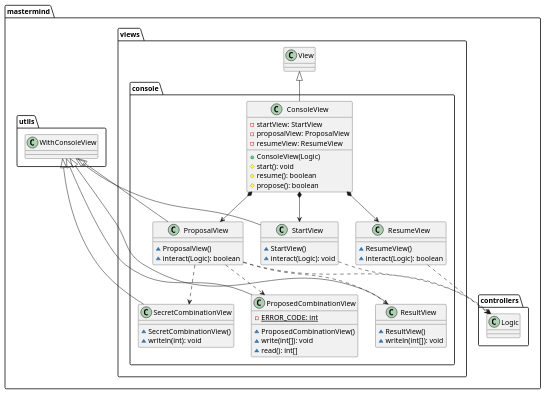
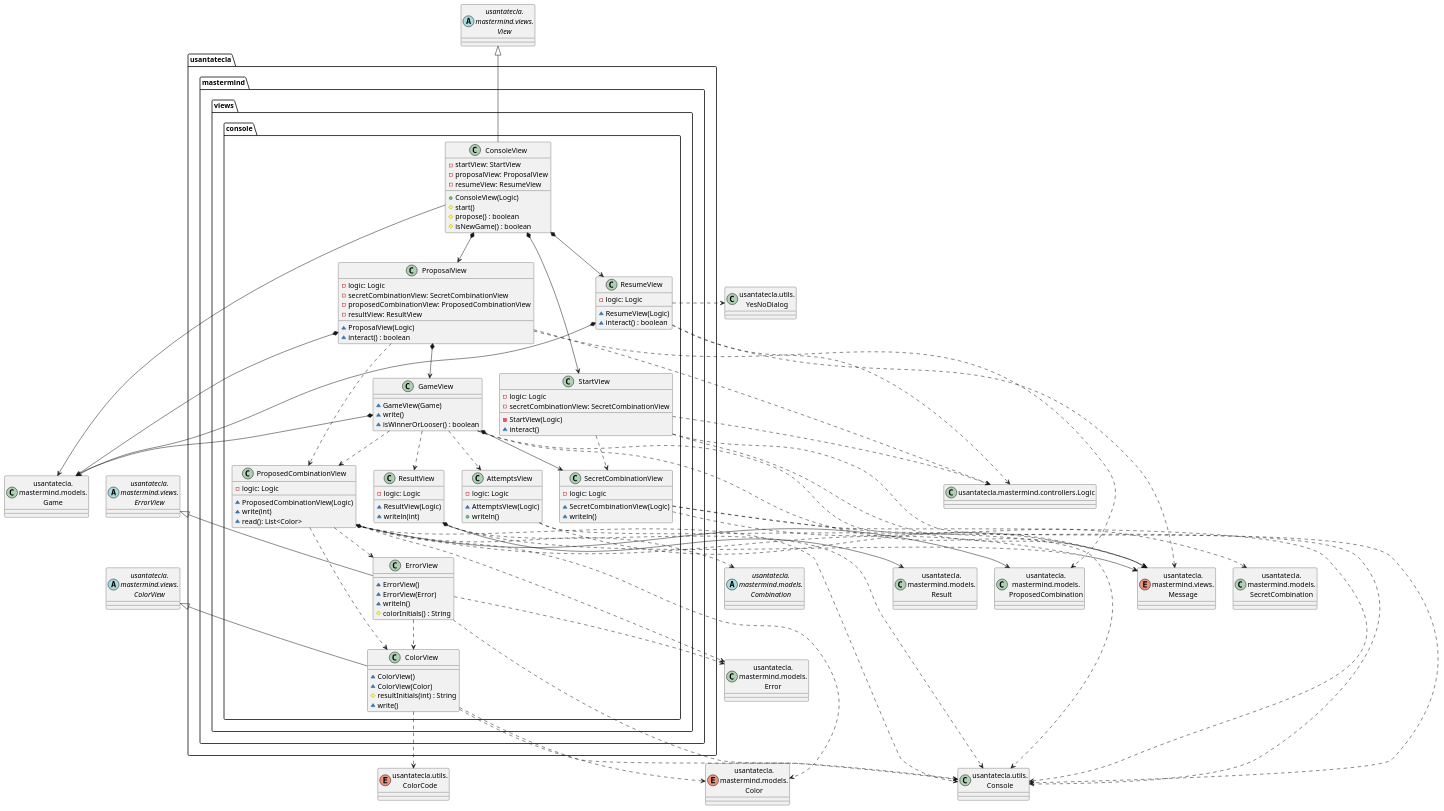
Before and after one commit to SantaTecla-mastermind/solution.java.swing.socket.sql: the third of 6 diagrams in modelViewPresenter/presentationModel/withFacade/docs/diagrams/src/paquetes.plantuml, drawn with PlantUML. The commit also changed other lines of this file and 9 other files, not shown here.

Commit message:
Diagrams MVP WithFacade finished

```diff
--- a/modelViewPresenter/presentationModel/withFacade/docs/diagrams/src/paquetes.plantuml
+++ b/modelViewPresenter/presentationModel/withFacade/docs/diagrams/src/paquetes.plantuml
@@ -80,58 +83,150 @@
 @startuml usantatecla.mastermind.console
-class  mastermind.views.console.ConsoleView{
-- startView: StartView
-- proposalView: ProposalView
-- resumeView: ResumeView
-+ ConsoleView(Logic)
-# start(): void
-# resume(): boolean
-# propose(): boolean
+class Game as "usantatecla.\nmastermind.models.\nGame"
+class Error as "usantatecla.\nmastermind.models.\nError"
+class Result as "usantatecla.\nmastermind.models.\nResult"
+enum Color as "usantatecla.\nmastermind.models.\nColor"
+abstract class Combination as "usantatecla.\nmastermind.models.\nCombination"
+class ProposedCombination as "usantatecla.\nmastermind.models.\nProposedCombination"
+class SecretCombination as "usantatecla.\nmastermind.models.\nSecretCombination"
+abstract class View as "usantatecla.\nmastermind.views.\nView"
+abstract class ColorView as "usantatecla.\nmastermind.views.\nColorView"
+abstract class ErrorView as "usantatecla.\nmastermind.views.\nErrorView"
+enum Message as "usantatecla.\nmastermind.views.\nMessage"
+class Console as "usantatecla.utils.\nConsole"
+class YesNoDialog as "usantatecla.utils.\nYesNoDialog"
+enum ColorCode as "usantatecla.utils.\nColorCode"
+
+class usantatecla.mastermind.views.console.ConsoleView {
+    - startView: StartView
+    - proposalView: ProposalView
+    - resumeView: ResumeView
+    + ConsoleView(Logic)
+    # start()
+    # propose() : boolean
+    # isNewGame() : boolean
 }
-mastermind.views.View <|-down- mastermind.views.console.ConsoleView
-mastermind.views.console.ConsoleView *-down-> mastermind.views.console.ProposalView
-mastermind.views.console.ConsoleView *-down-> mastermind.views.console.ResumeView
-mastermind.views.console.ConsoleView *-down-> mastermind.views.console.StartView
+usantatecla.mastermind.views.console.ConsoleView -up-|> View
+usantatecla.mastermind.views.console.ConsoleView *-down-> usantatecla.mastermind.views.console.StartView
+usantatecla.mastermind.views.console.ConsoleView *-down-> usantatecla.mastermind.views.console.ProposalView
+usantatecla.mastermind.views.console.ConsoleView *-down-> usantatecla.mastermind.views.console.ResumeView
+usantatecla.mastermind.views.console.ConsoleView --> Game
 
-class  mastermind.views.console.ProposalView{
-~ ProposalView()
-~ interact(Logic): boolean
+class usantatecla.mastermind.views.console.ResumeView {
+    - logic: Logic
+    ~ ResumeView(Logic)
+    ~ interact() : boolean
 }
-mastermind.utils.WithConsoleView <|-down- mastermind.views.console.ProposalView
-mastermind.views.console.ProposalView ..> mastermind.controllers.Logic
-mastermind.views.console.ProposalView ..> mastermind.views.console.SecretCombinationView
-mastermind.views.console.ProposalView ..> mastermind.views.console.ProposedCombinationView
-mastermind.views.console.ProposalView ..> mastermind.views.console.ResultView
+usantatecla.mastermind.views.console.ResumeView *-down-> Game
+usantatecla.mastermind.views.console.ResumeView ..> Message
+usantatecla.mastermind.views.console.ResumeView .> YesNoDialog
 
-class  mastermind.views.console.ProposedCombinationView{
-- {static} ERROR_CODE: int
-~ ProposedCombinationView()
-~ write(int[]): void
-~ read(): int[]
+class usantatecla.mastermind.views.console.StartView {
+    - logic: Logic
+    - secretCombinationView: SecretCombinationView
+    - StartView(Logic)
+    ~ interact()
 }
-mastermind.utils.WithConsoleView <|-down- mastermind.views.console.ProposedCombinationView
+usantatecla.mastermind.views.console.StartView ..> Console
+usantatecla.mastermind.views.console.StartView ..> Message
+usantatecla.mastermind.views.console.StartView ..> usantatecla.mastermind.views.console.SecretCombinationView
 
-class  mastermind.views.console.ResultView{
-~ ResultView()
-~ writeln(int[]): void
+class usantatecla.mastermind.views.console.GameView {
+    ~ GameView(Game)
+    ~ write()
+    ~ isWinnerOrLooser() : boolean
 }
-mastermind.utils.WithConsoleView <|-down- mastermind.views.console.ResultView
+usantatecla.mastermind.views.console.GameView *-down-> Game
+usantatecla.mastermind.views.console.GameView *-down-> usantatecla.mastermind.views.console.SecretCombinationView
+usantatecla.mastermind.views.console.GameView ..> usantatecla.mastermind.views.console.AttemptsView
+usantatecla.mastermind.views.console.GameView ..> usantatecla.mastermind.views.console.ResultView
+usantatecla.mastermind.views.console.GameView ..> usantatecla.mastermind.views.console.ProposedCombinationView
+usantatecla.mastermind.views.console.GameView ..> Message
+usantatecla.mastermind.views.console.GameView ..> Console
 
-class  mastermind.views.console.ResumeView{
-~ ResumeView()
-~ interact(Logic): boolean
+class usantatecla.mastermind.views.console.ProposalView {
+    - logic: Logic
+    - secretCombinationView: SecretCombinationView
+    - proposedCombinationView: ProposedCombinationView
+    - resultView: ResultView
+    ~ ProposalView(Logic)
+    ~ interact() : boolean
+
 }
-mastermind.views.console.ResumeView ..> mastermind.controllers.Logic
+usantatecla.mastermind.views.console.ProposalView *-down-> Game
+usantatecla.mastermind.views.console.ProposalView *-down-> usantatecla.mastermind.views.console.GameView
+usantatecla.mastermind.views.console.ProposalView ..> ProposedCombination
+usantatecla.mastermind.views.console.ProposalView ..> usantatecla.mastermind.views.console.ProposedCombinationView
 
-class  mastermind.views.console.SecretCombinationView{
-~ SecretCombinationView()
-~ writeln(int): void
+
+class usantatecla.mastermind.views.console.ProposedCombinationView {
+    - logic: Logic
+    ~ ProposedCombinationView(Logic)
+    ~ write(int)
+    ~ read(): List<Color>
 }
-mastermind.utils.WithConsoleView <|-down- mastermind.views.console.SecretCombinationView
+usantatecla.mastermind.views.console.ProposedCombinationView *-down-> ProposedCombination
+usantatecla.mastermind.views.console.ProposedCombinationView ..> usantatecla.mastermind.views.console.ErrorView
+usantatecla.mastermind.views.console.ProposedCombinationView ..> usantatecla.mastermind.views.console.ColorView
+usantatecla.mastermind.views.console.ProposedCombinationView ..> Color
+usantatecla.mastermind.views.console.ProposedCombinationView ..> Error
+usantatecla.mastermind.views.console.ProposedCombinationView ..> Combination
+usantatecla.mastermind.views.console.ProposedCombinationView ..> Message
+usantatecla.mastermind.views.console.ProposedCombinationView ..> Console
 
-class  mastermind.views.console.StartView{
-~ StartView()
-~ interact(Logic): void
+class usantatecla.mastermind.views.console.SecretCombinationView {
+    - logic: Logic
+    ~ SecretCombinationView(Logic)
+    ~ writeln()
 }
-mastermind.utils.WithConsoleView <|-down- mastermind.views.console.StartView
-mastermind.views.console.StartView ..> mastermind.controllers.Logic
+usantatecla.mastermind.views.console.SecretCombinationView ..> SecretCombination
+usantatecla.mastermind.views.console.SecretCombinationView ..> Message
+usantatecla.mastermind.views.console.SecretCombinationView ..> Console
+
+class usantatecla.mastermind.views.console.ResultView {
+    - logic: Logic
+    ~ ResultView(Logic)
+    ~ writeln(int)
+}
+usantatecla.mastermind.views.console.ResultView *-down-> Result
+usantatecla.mastermind.views.console.ResultView ..> Message
+usantatecla.mastermind.views.console.ResultView ..> Console
+
+class usantatecla.mastermind.views.console.AttemptsView {
+    - logic: Logic
+    ~ AttemptsView(Logic)
+    + writeln()
+}
+usantatecla.mastermind.views.console.AttemptsView ..> Console
+usantatecla.mastermind.views.console.AttemptsView ..> Message
+
+class usantatecla.mastermind.views.console.ColorView {
+    ~ ColorView()
+    ~ ColorView(Color)
+    # resultInitials(int) : String
+    ~ write()
+}
+usantatecla.mastermind.views.console.ColorView -up-|> ColorView
+usantatecla.mastermind.views.console.ColorView ..> ColorCode
+usantatecla.mastermind.views.console.ColorView ..> Console
+usantatecla.mastermind.views.console.ColorView ..> Color
+
+class usantatecla.mastermind.views.console.ErrorView {
+    ~ ErrorView()
+    ~ ErrorView(Error)
+    ~ writeln()
+    # colorInitials() : String
+}
+
+class Logic as "usantatecla.mastermind.controllers.Logic" {
+
+
+}
+
+usantatecla.mastermind.views.console.ErrorView -up-|> ErrorView
+usantatecla.mastermind.views.console.ErrorView ..> Error
+usantatecla.mastermind.views.console.ErrorView ..> Console
+usantatecla.mastermind.views.console.ErrorView ..> usantatecla.mastermind.views.console.ColorView
+usantatecla.mastermind.views.console.ProposalView ..> Logic
+usantatecla.mastermind.views.console.ResumeView ..> Logic
+usantatecla.mastermind.views.console.StartView ..> Logic
 @enduml
```
